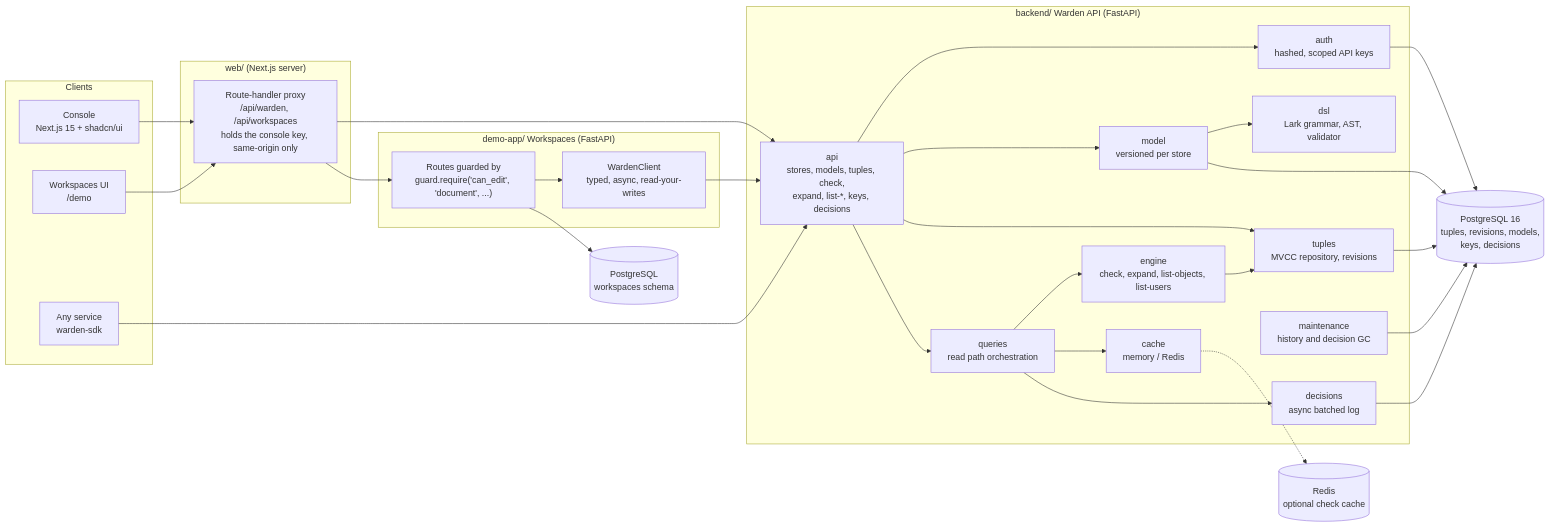
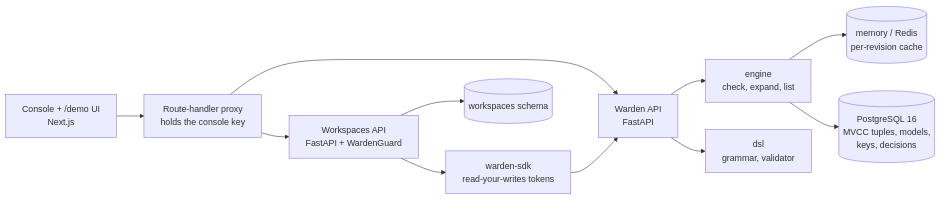
The diagram in README.md (ali-raza-002/graph-permission-service), drawn with Mermaid before and after one commit. The commit also changed other lines of this file and 5 other files, not shown here.

````diff
--- a/README.md
+++ b/README.md
@@ -132,58 +91,13 @@
 ```mermaid
 flowchart LR
-    subgraph clients["Clients"]
-        console["Console<br/>Next.js 15 + shadcn/ui"]
-        demoui["Workspaces UI<br/>/demo"]
-        sdkuser["Any service<br/>warden-sdk"]
-    end
-
-    subgraph web["web/ (Next.js server)"]
-        proxy["Route-handler proxy<br/>/api/warden, /api/workspaces<br/>holds the console key, same-origin only"]
-    end
-
-    subgraph demo["demo-app/ Workspaces (FastAPI)"]
-        routes["Routes guarded by<br/>guard.require('can_edit', 'document', ...)"]
-        sdk["WardenClient<br/>typed, async, read-your-writes"]
-    end
-
-    subgraph warden["backend/ Warden API (FastAPI)"]
-        api["api<br/>stores, models, tuples, check,<br/>expand, list-*, keys, decisions"]
-        auth["auth<br/>hashed, scoped API keys"]
-        dsl["dsl<br/>Lark grammar, AST, validator"]
-        model["model<br/>versioned per store"]
-        queries["queries<br/>read path orchestration"]
-        engine["engine<br/>check, expand, list-objects, list-users"]
-        tuples["tuples<br/>MVCC repository, revisions"]
-        cache["cache<br/>memory / Redis"]
-        decisions["decisions<br/>async batched log"]
-        gc["maintenance<br/>history and decision GC"]
-    end
-
-    pg[("PostgreSQL 16<br/>tuples, revisions, models,<br/>keys, decisions")]
-    wspg[("PostgreSQL<br/>workspaces schema")]
-    redis[("Redis<br/>optional check cache")]
-
-    console --> proxy
-    demoui --> proxy
+    console["Console + /demo UI<br/>Next.js"] --> proxy["Route-handler proxy<br/>holds the console key"]
     proxy --> api
-    proxy --> routes
-    routes --> sdk
-    sdkuser --> api
-    sdk --> api
-    routes --> wspg
-    api --> auth
-    api --> model
-    api --> tuples
-    api --> queries
-    model --> dsl
-    queries --> engine
-    queries --> cache
-    queries --> decisions
-    engine --> tuples
-    tuples --> pg
-    model --> pg
-    decisions --> pg
-    auth --> pg
-    gc --> pg
-    cache -.-> redis
+    proxy --> routes["Workspaces API<br/>FastAPI + WardenGuard"]
+    routes --> sdk["warden-sdk<br/>read-your-writes tokens"]
+    sdk --> api["Warden API<br/>FastAPI"]
+    api --> engine["engine<br/>check, expand, list"]
+    api --> dsl["dsl<br/>grammar, validator"]
+    engine --> cache[("memory / Redis<br/>per-revision cache")]
+    engine --> pg[("PostgreSQL 16<br/>MVCC tuples, models,<br/>keys, decisions")]
+    routes --> wspg[("workspaces schema")]
 ```
````
